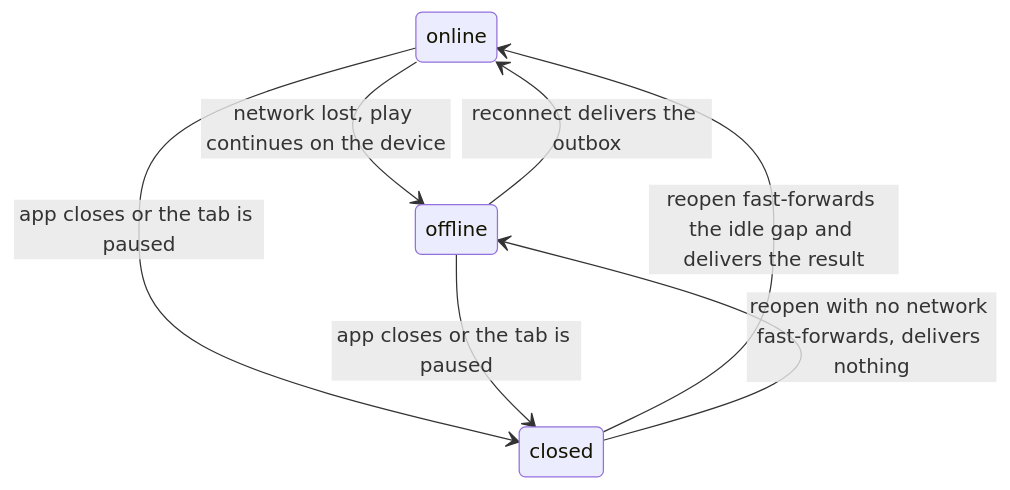
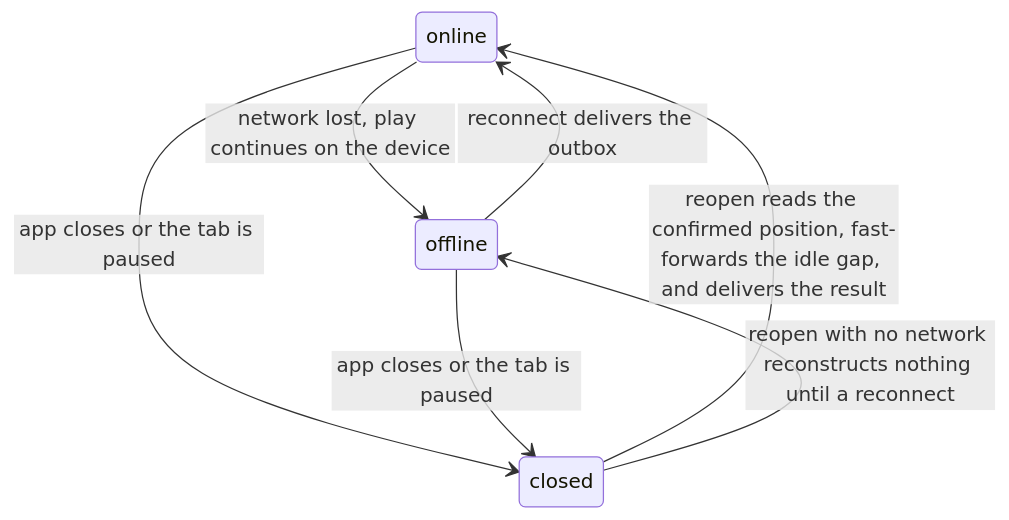
Before and after one commit to zgeoff/vers: the diagram in docs/architecture/game/offline-reconcile.md, drawn with Mermaid. The commit also changed other lines of this file and 18 other files, not shown here.

````diff
--- a/docs/architecture/game/offline-reconcile.md
+++ b/docs/architecture/game/offline-reconcile.md
@@ -13,9 +13,9 @@
 ```mermaid
 stateDiagram-v2
   online --> offline: network lost, play continues on the device
   offline --> online: reconnect delivers the outbox
   online --> closed: app closes or the tab is paused
   offline --> closed: app closes or the tab is paused
-  closed --> online: reopen fast-forwards the idle gap and delivers the result
-  closed --> offline: reopen with no network fast-forwards, delivers nothing
+  closed --> online: reopen reads the confirmed position, fast-forwards the idle gap, and delivers the result
+  closed --> offline: reopen with no network reconstructs nothing until a reconnect
 ```
````
